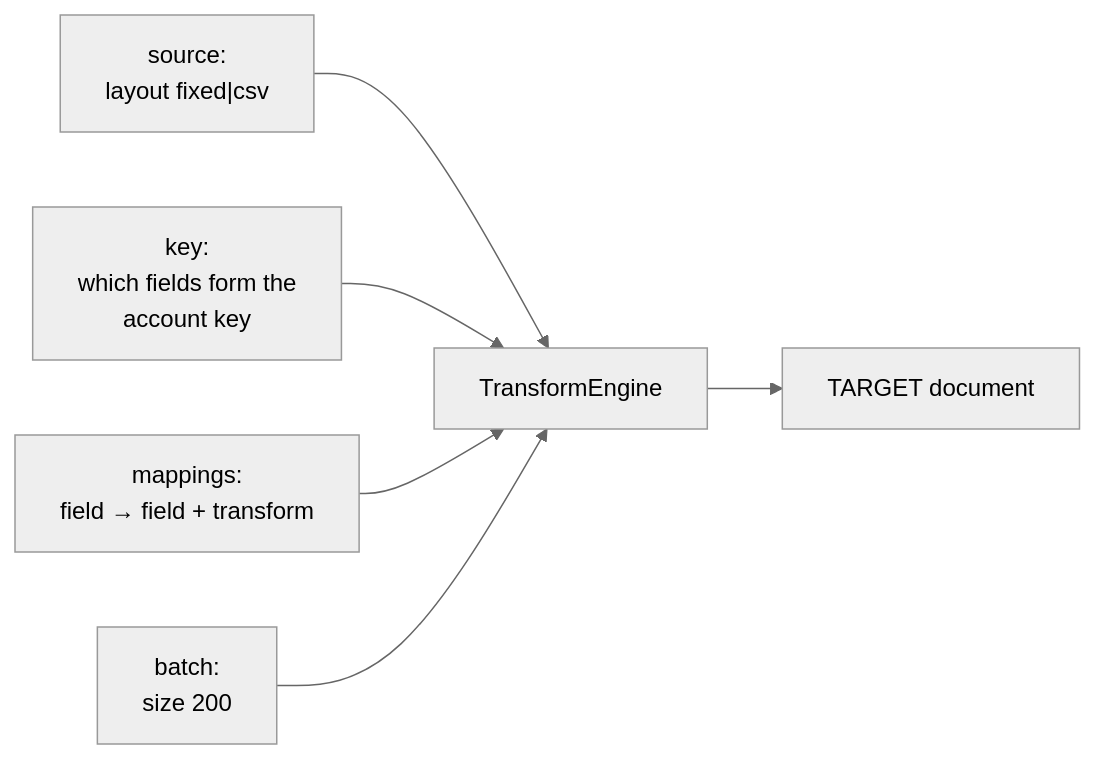
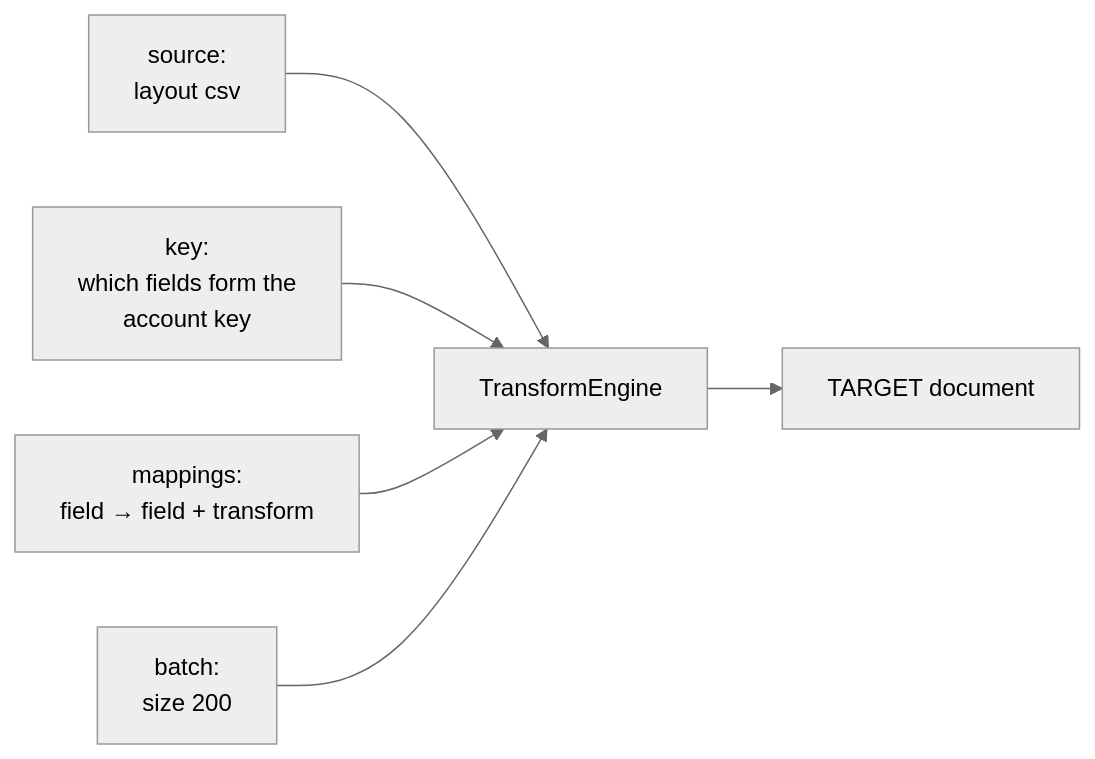
Before and after one commit to adrian-balaban/test-gcp-dataflow-dataform-cloud-composer: the second of 3 diagrams in contracts/README.md, drawn with Mermaid (neutral theme). The commit also changed other lines of this file and 45 other files, not shown here.

First line of the commit message:
feat: switch source input to pipe-delimited CSV, drop the copybook path

````diff
--- a/contracts/README.md
+++ b/contracts/README.md
@@ -60,8 +65,8 @@
 ```mermaid
 flowchart LR
-    A["source:<br/>layout fixed|csv"] --> E[TransformEngine]
+    A["source:<br/>layout csv"] --> E[TransformEngine]
     B["key:<br/>which fields form the<br/>account key"] --> E
     D["mappings:<br/>field → field + transform"] --> E
     F["batch:<br/>size 200"] --> E
     E --> G[TARGET document]
 ```
````
